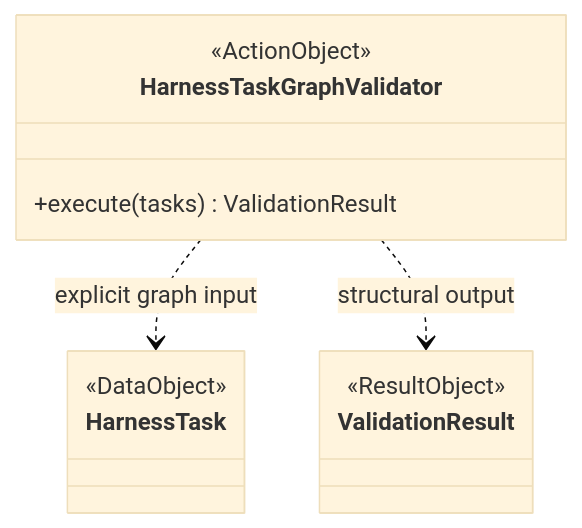
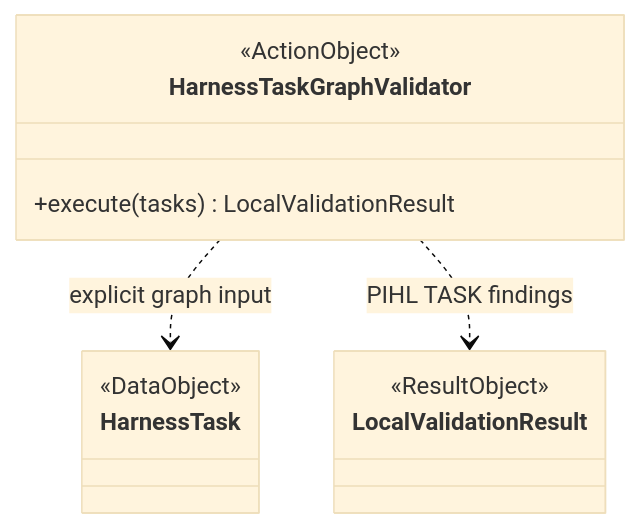
The fifth of 20 diagrams in docs/harness/ksdft2effmass.harness.002.001.010.md (eragasa/ksdft2effmass), drawn with Mermaid (base theme) before and after one commit. The commit also changed other lines of this file and 7 other files, not shown here.

Commit message:
clarify HarnessTask contract boundaries

````diff
--- a/docs/harness/ksdft2effmass.harness.002.001.010.md
+++ b/docs/harness/ksdft2effmass.harness.002.001.010.md
@@ -363,15 +382,15 @@
 ```mermaid
 classDiagram
     class HarnessTaskGraphValidator {
         <<ActionObject>>
-        +execute(tasks) ValidationResult
+        +execute(tasks) LocalValidationResult
     }
     class HarnessTask {
         <<DataObject>>
     }
-    class ValidationResult {
+    class LocalValidationResult {
         <<ResultObject>>
     }
     HarnessTaskGraphValidator ..> HarnessTask : explicit graph input
-    HarnessTaskGraphValidator ..> ValidationResult : structural output
+    HarnessTaskGraphValidator ..> LocalValidationResult : PIHL TASK findings
 ```
````
